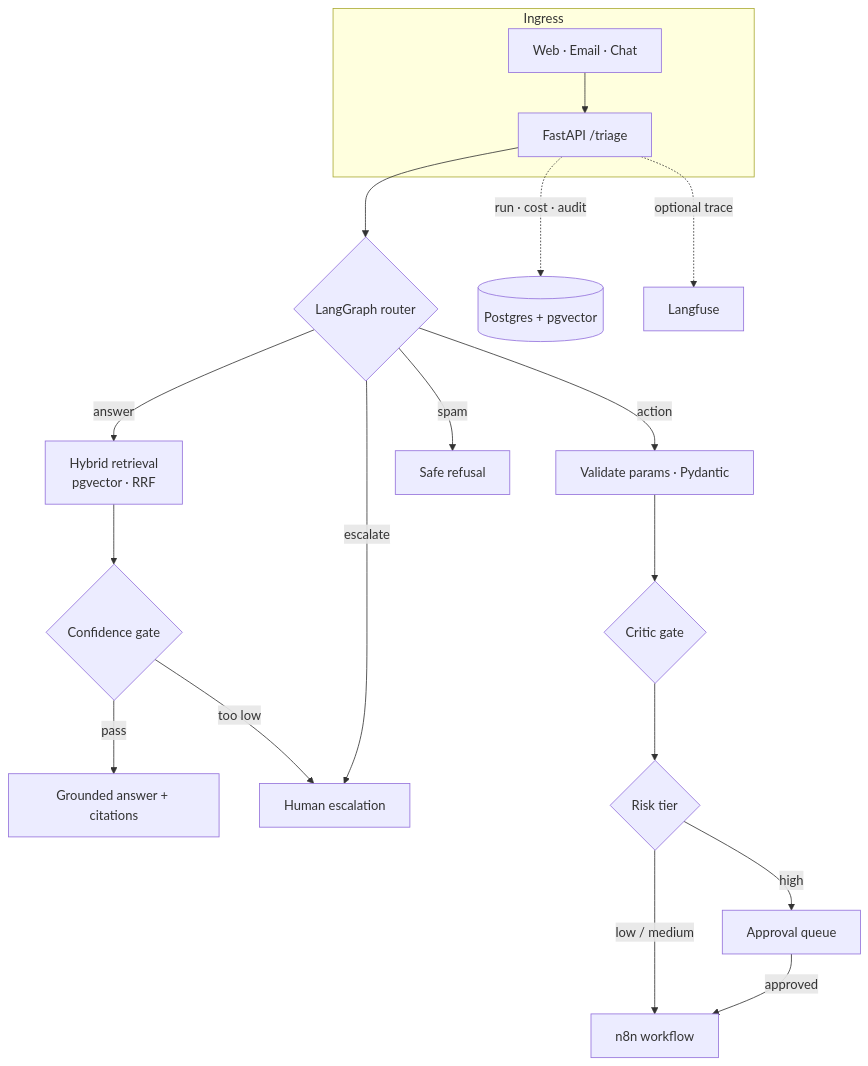
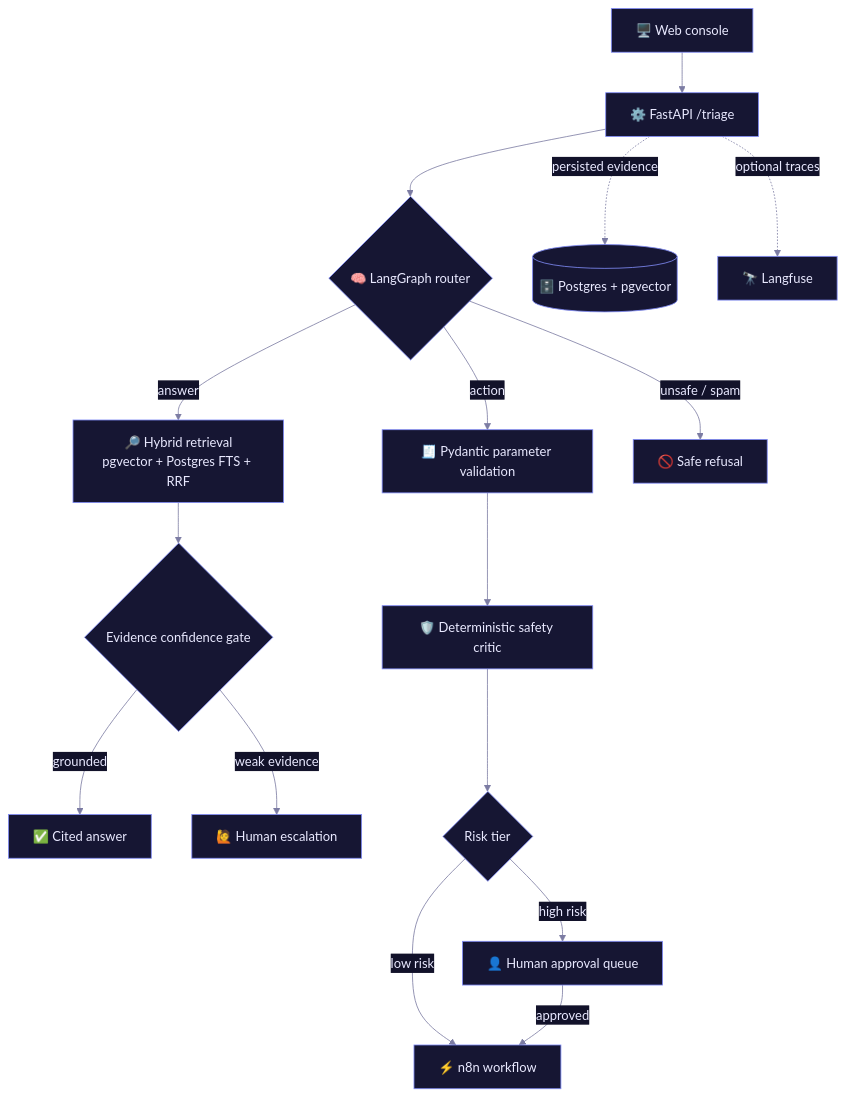
Before and after one commit to achal2005/sentinel-rag: the diagram in README.md, drawn with Mermaid. The commit also changed other lines of this file, not shown here.

````diff
--- a/README.md
+++ b/README.md
@@ -46,26 +74,25 @@
 ```mermaid
+%%{init: {'theme':'base','themeVariables':{'primaryColor':'#161633','primaryTextColor':'#e9e9ff','primaryBorderColor':'#818cf8','lineColor':'#7c7ca3','secondaryColor':'#12122a','tertiaryColor':'#0b0b1a','fontFamily':'ui-sans-serif, system-ui'}}}%%
 flowchart TB
-    subgraph Ingress
-        CH[Web · Email · Chat] --> API[FastAPI /triage]
-    end
+    WEB[🖥️ Web console] --> API[⚙️ FastAPI /triage]
 
-    API --> R{LangGraph router}
+    API --> ROUTER{🧠 LangGraph router}
 
-    R -->|answer| RET[Hybrid retrieval<br/>pgvector · RRF]
-    RET --> GATE{Confidence gate}
-    GATE -->|pass| ANS[Grounded answer + citations]
-    GATE -->|too low| ESC[Human escalation]
+    ROUTER -->|answer| RETRIEVE[🔎 Hybrid retrieval<br/>pgvector + Postgres FTS + RRF]
+    RETRIEVE --> GATE{Evidence confidence gate}
+    GATE -->|grounded| ANSWER[✅ Cited answer]
+    GATE -->|weak evidence| ESCALATE[🙋 Human escalation]
 
-    R -->|action| VAL[Validate params · Pydantic]
-    VAL --> CRIT{Critic gate}
-    CRIT --> RISK{Risk tier}
-    RISK -->|low / medium| N8N[n8n workflow]
-    RISK -->|high| APP[Approval queue]
-    APP -->|approved| N8N
+    ROUTER -->|action| VALIDATE[🧾 Pydantic parameter validation]
+    VALIDATE --> CRITIC[🛡️ Deterministic safety critic]
+    CRITIC --> RISK{Risk tier}
 
-    R -->|escalate| ESC
-    R -->|spam| REJ[Safe refusal]
+    RISK -->|low risk| N8N[⚡ n8n workflow]
+    RISK -->|high risk| APPROVAL[👤 Human approval queue]
+    APPROVAL -->|approved| N8N
 
-    API -. run · cost · audit .-> DB[(Postgres + pgvector)]
-    API -. optional trace .-> LF[Langfuse]
+    ROUTER -->|unsafe / spam| REFUSE[🚫 Safe refusal]
+
+    API -. persisted evidence .-> DB[(🗄️ Postgres + pgvector)]
+    API -. optional traces .-> LANGFUSE[🔭 Langfuse]
 ```
````
